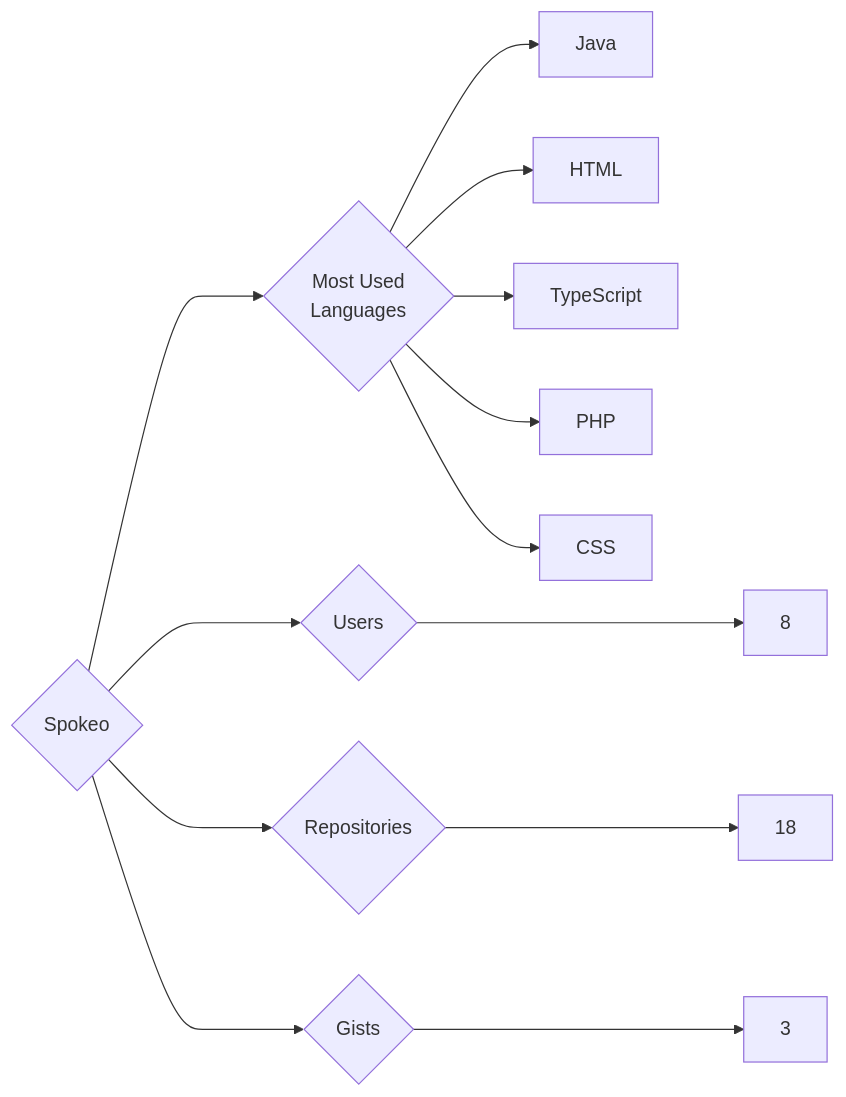
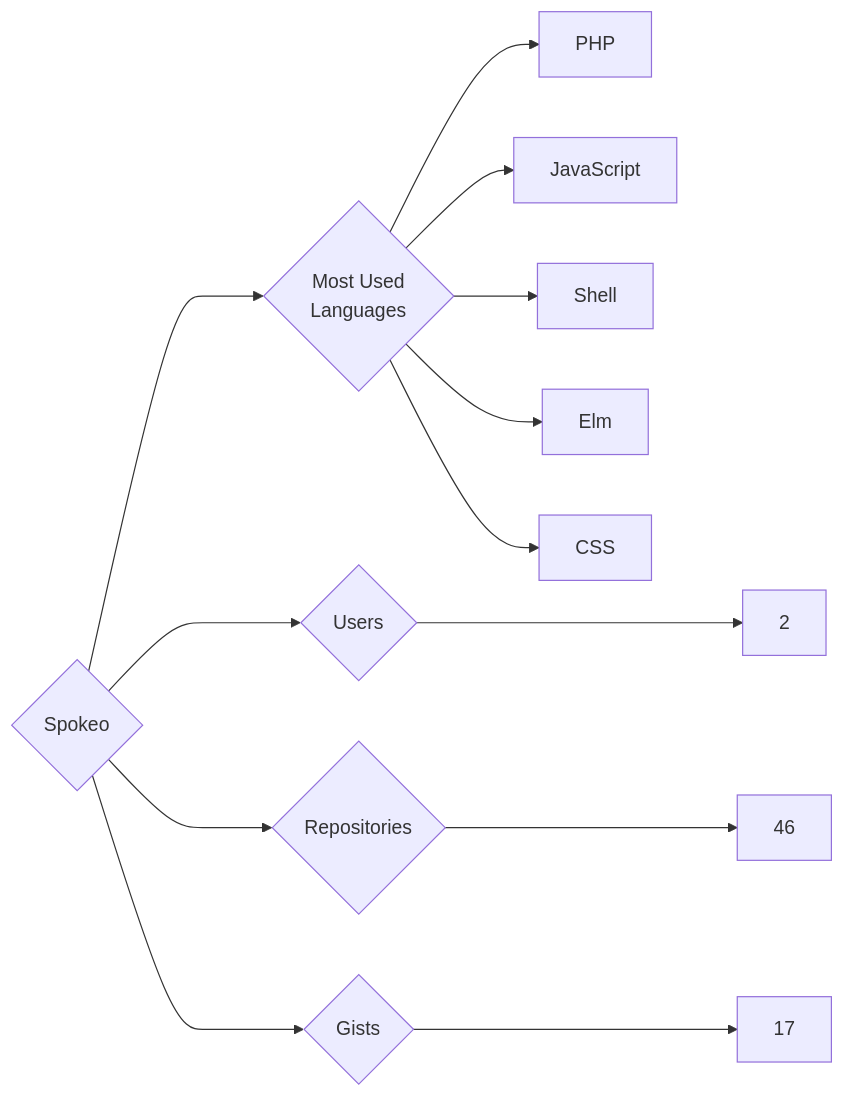
Before and after one commit to trickest/insiders: the diagram in targets/Spokeo/README.md, drawn with Mermaid. The commit also changed 878 other files, not shown here.

````diff
--- a/targets/Spokeo/README.md
+++ b/targets/Spokeo/README.md
@@ -3,13 +3,13 @@
 ```mermaid
 graph LR
 COMPANY_NAME{Spokeo}
-COMPANY_NAME ---> U{Users} ---> UN[8]
-COMPANY_NAME ---> R{Repositories} ---> RN[18]
-COMPANY_NAME ---> G{Gists} ---> GN[3]
+COMPANY_NAME ---> U{Users} ---> UN[2]
+COMPANY_NAME ---> R{Repositories} ---> RN[46]
+COMPANY_NAME ---> G{Gists} ---> GN[17]
 COMPANY_NAME ---> ML{Most Used<br>Languages}
-ML --> Java[Java]
-ML --> HTML[HTML]
-ML --> TypeScript[TypeScript]
 ML --> PHP[PHP]
+ML --> JavaScript[JavaScript]
+ML --> Shell[Shell]
+ML --> Elm[Elm]
 ML --> CSS[CSS]
 ```
````
